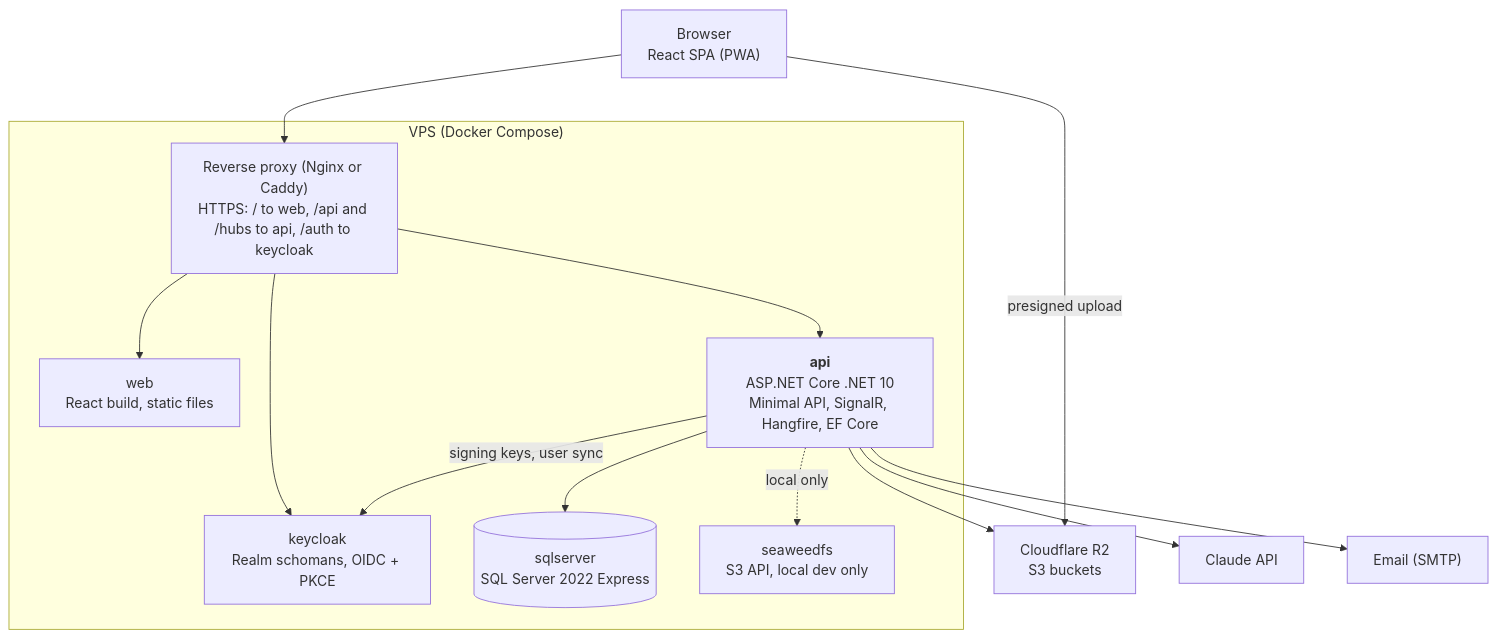
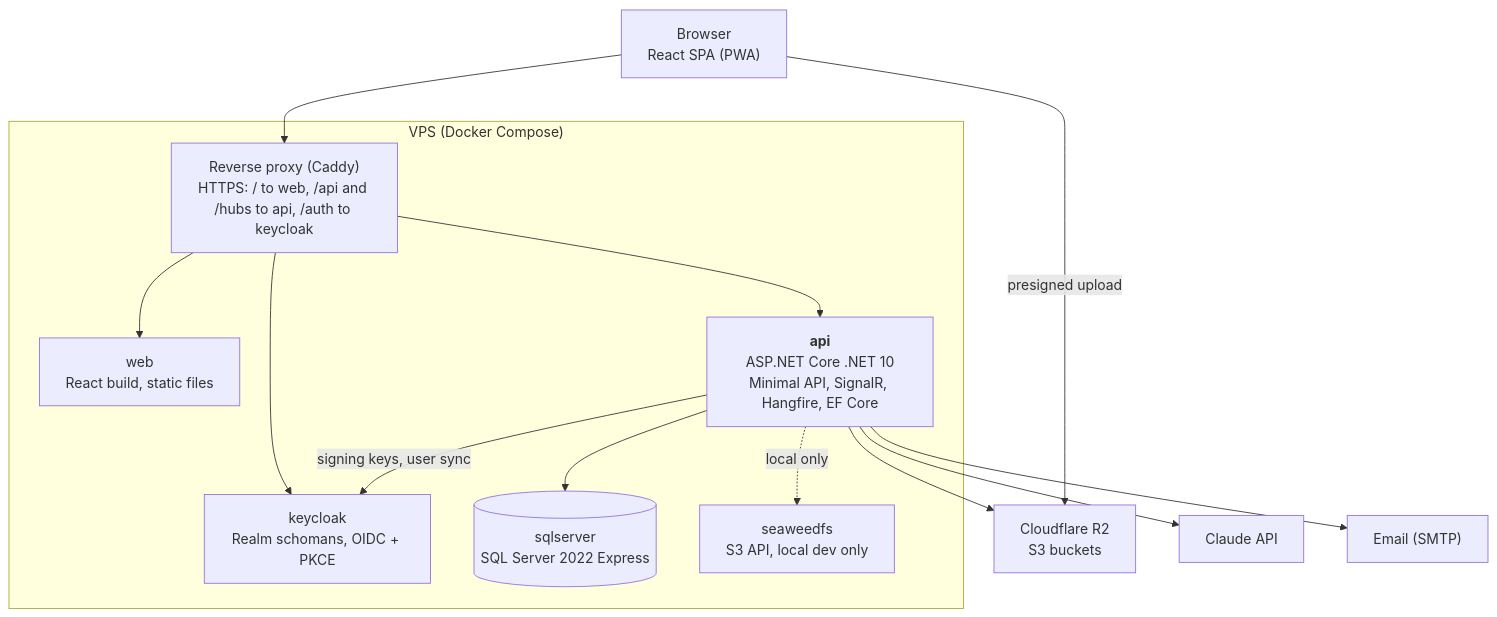
The second of 9 diagrams in docs/en/system-design.md (ridhwanhabib18/schomans), drawn with Mermaid before and after one commit. The commit also changed other lines of this file and 9 other files, not shown here.

````diff
--- a/docs/en/system-design.md
+++ b/docs/en/system-design.md
@@ -58,30 +59,30 @@
 ```mermaid
 %% Source: diagrams/containers.mmd
 flowchart TB
   browser["Browser<br/>React SPA (PWA)"]
 
   subgraph vps["VPS (Docker Compose)"]
-    proxy["Reverse proxy (Nginx or Caddy)<br/>HTTPS: / to web, /api and /hubs to api, /auth to keycloak"]
+    proxy["Reverse proxy (Caddy)<br/>HTTPS: / to web, /api and /hubs to api, /auth to keycloak"]
     web["web<br/>React build, static files"]
     keycloak["keycloak<br/>Realm schomans, OIDC + PKCE"]
     api["<b>api</b><br/>ASP.NET Core .NET 10<br/>Minimal API, SignalR, Hangfire, EF Core"]
     sql[("sqlserver<br/>SQL Server 2022 Express")]
     seaweed["seaweedfs<br/>S3 API, local dev only"]
   end
 
   r2["Cloudflare R2<br/>S3 buckets"]
   claude["Claude API"]
   smtp["Email (SMTP)"]
 
   browser --> proxy
   proxy --> web
   proxy --> keycloak
   proxy --> api
   api --> sql
   api -->|signing keys, user sync| keycloak
   api -.->|local only| seaweed
   api --> r2
   api --> claude
   api --> smtp
   browser -->|presigned upload| r2
 ```
````
